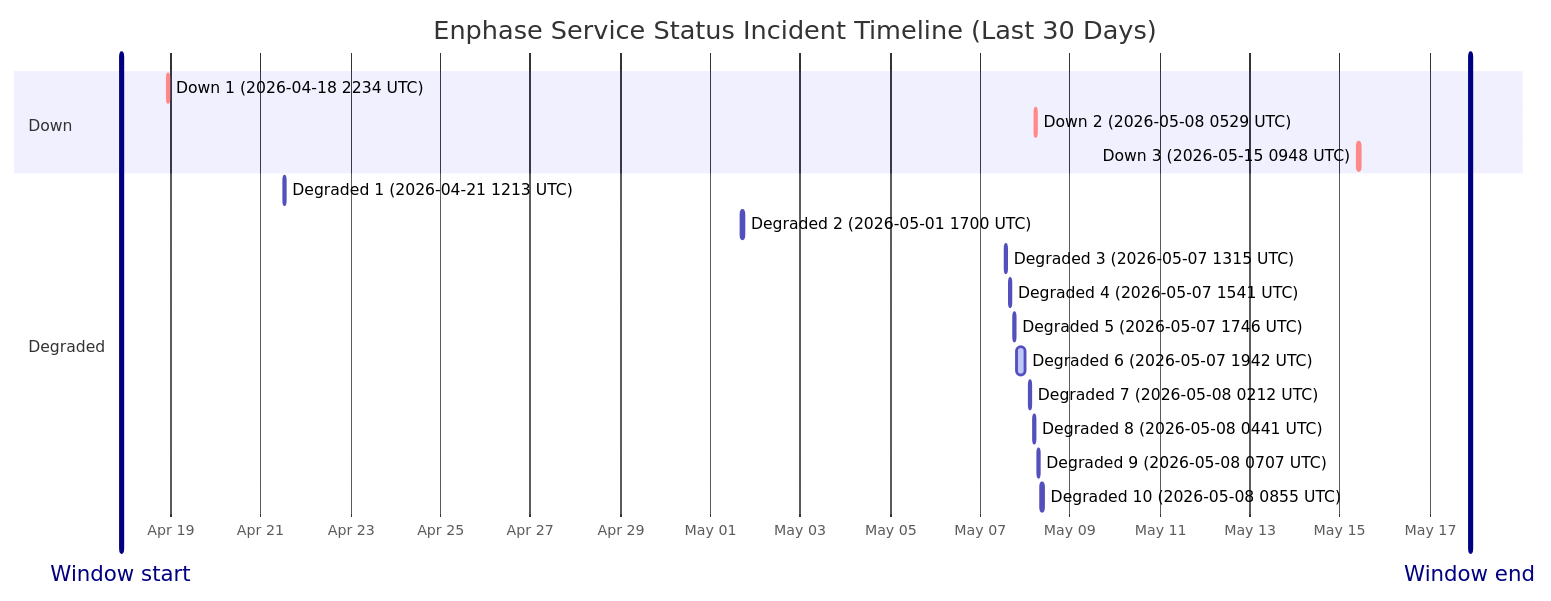
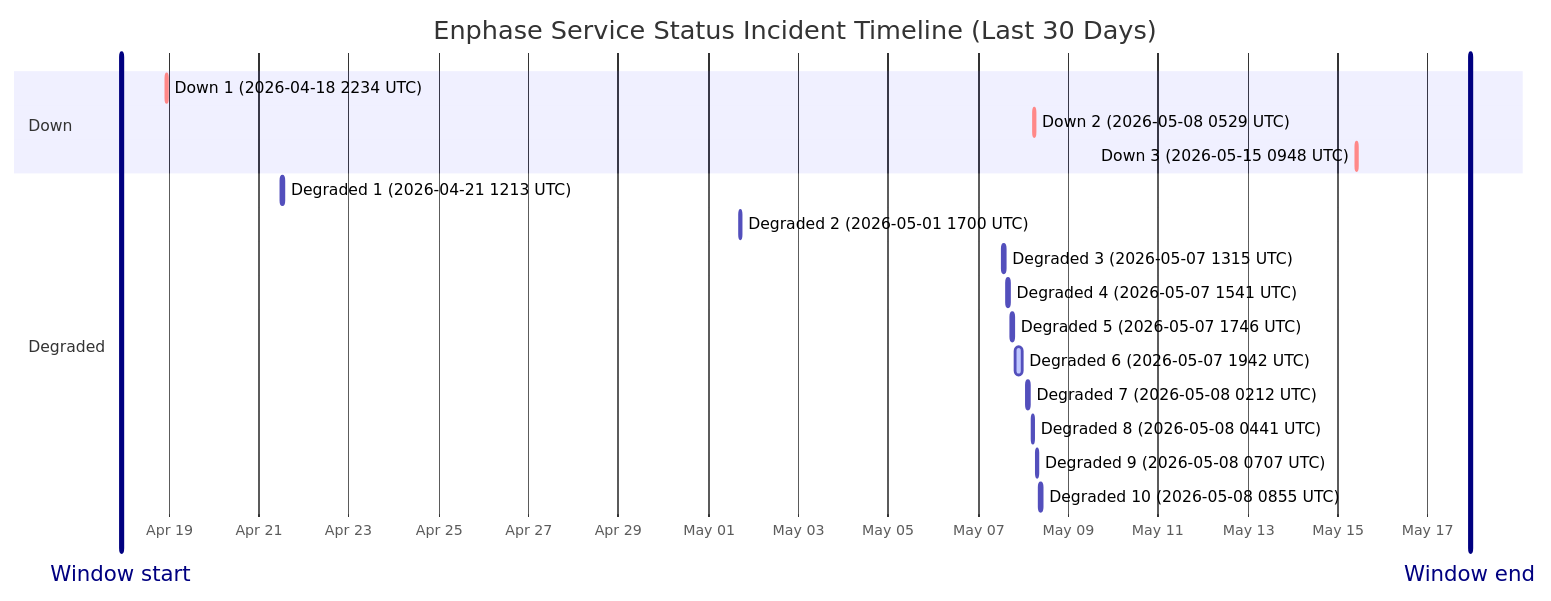
Before and after one commit to barneyonline/ha-enphase-ev-charger: the diagram in wiki/Service-Status-History.md, drawn with Mermaid. The commit also changed other lines of this file and 3 other files, not shown here.

````diff
--- a/wiki/Service-Status-History.md
+++ b/wiki/Service-Status-History.md
@@ -14,23 +14,23 @@
 ```mermaid
 gantt
     title Enphase Service Status Incident Timeline (Last 30 Days)
     dateFormat  YYYY-MM-DDTHH:mm:ss
     axisFormat  %b %d
-    Window start :vert, window-start, 2026-04-17T21:26:13, 0ms
-    Window end :vert, window-end, 2026-05-17T21:26:13, 0ms
+    Window start :vert, window-start, 2026-04-17T22:25:45, 0ms
+    Window end :vert, window-end, 2026-05-17T22:25:45, 0ms
     section Down
     Down 1 (2026-04-18 2234 UTC) :crit, down-1, 2026-04-18T22:34:13, 60m
     Down 2 (2026-05-08 0529 UTC) :crit, down-2, 2026-05-08T05:29:47, 60m
     Down 3 (2026-05-15 0948 UTC) :crit, down-3, 2026-05-15T09:48:18, 60m
     section Degraded
     Degraded 1 (2026-04-21 1213 UTC) :active, degraded-1, 2026-04-21T12:13:11, 60m
     Degraded 2 (2026-05-01 1700 UTC) :active, degraded-2, 2026-05-01T17:00:22, 60m
     Degraded 3 (2026-05-07 1315 UTC) :active, degraded-3, 2026-05-07T13:15:25, 60m
     Degraded 4 (2026-05-07 1541 UTC) :active, degraded-4, 2026-05-07T15:41:58, 60m
     Degraded 5 (2026-05-07 1746 UTC) :active, degraded-5, 2026-05-07T17:46:51, 60m
     Degraded 6 (2026-05-07 1942 UTC) :active, degraded-6, 2026-05-07T19:42:10, 249m
     Degraded 7 (2026-05-08 0212 UTC) :active, degraded-7, 2026-05-08T02:12:39, 60m
     Degraded 8 (2026-05-08 0441 UTC) :active, degraded-8, 2026-05-08T04:41:46, 60m
     Degraded 9 (2026-05-08 0707 UTC) :active, degraded-9, 2026-05-08T07:07:30, 60m
     Degraded 10 (2026-05-08 0855 UTC) :active, degraded-10, 2026-05-08T08:55:20, 88m
 ```
````
